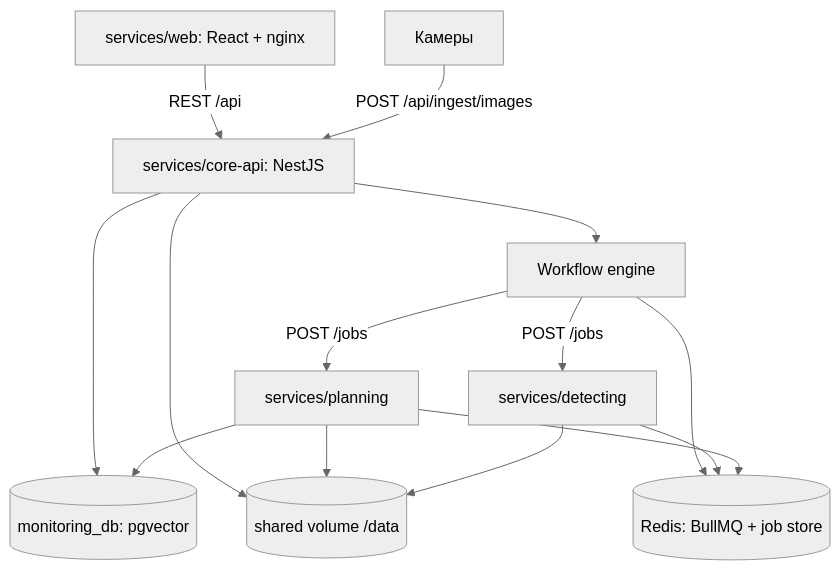
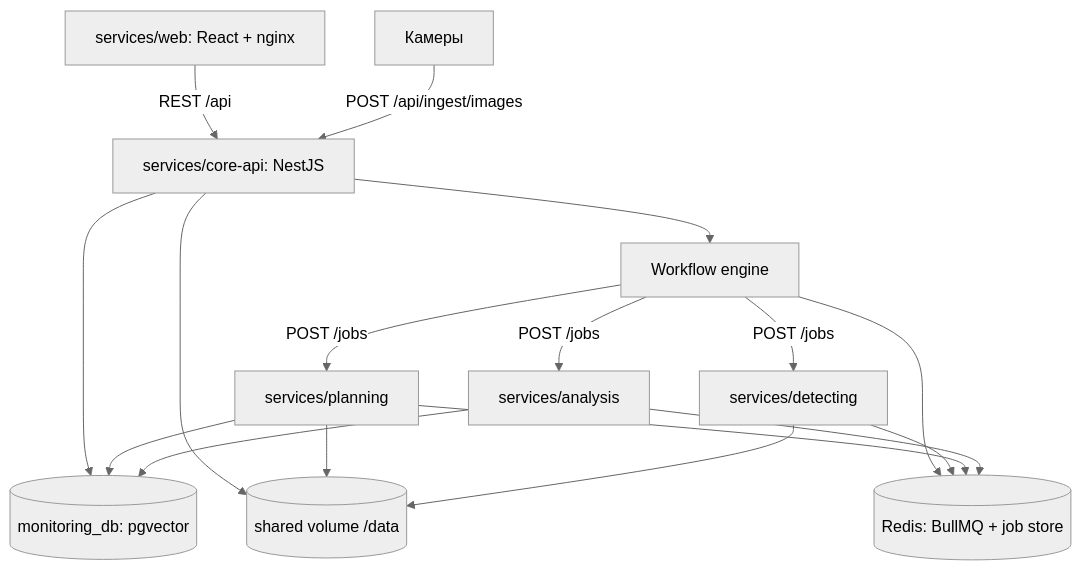
One commit to egormuhaev/case-07-construction-site-monitoring-team-25 changed the first of 5 diagrams in ARCHITECTURE.md. Above: the diagram before and after it, drawn with Mermaid (neutral theme). The commit also changed other lines of this file and 63 other files, not shown here.

````diff
--- a/ARCHITECTURE.md
+++ b/ARCHITECTURE.md
@@ -31,16 +31,19 @@
 ```mermaid
 flowchart TB
   web["services/web: React + nginx"] -->|REST /api| core["services/core-api: NestJS"]
   cameras["Камеры"] -->|"POST /api/ingest/images"| core
   core --> db[("monitoring_db: pgvector")]
   core --> shared[("shared volume /data")]
   core --> engine["Workflow engine"]
   engine --> redis[("Redis: BullMQ + job store")]
   engine -->|"POST /jobs"| planning["services/planning"]
   engine -->|"POST /jobs"| detecting["services/detecting"]
+  engine -->|"POST /jobs"| analysis["services/analysis"]
   planning --> db
   planning --> shared
   detecting --> shared
   detecting --> redis
   planning --> redis
+  analysis --> db
+  analysis --> redis
 ```
````
